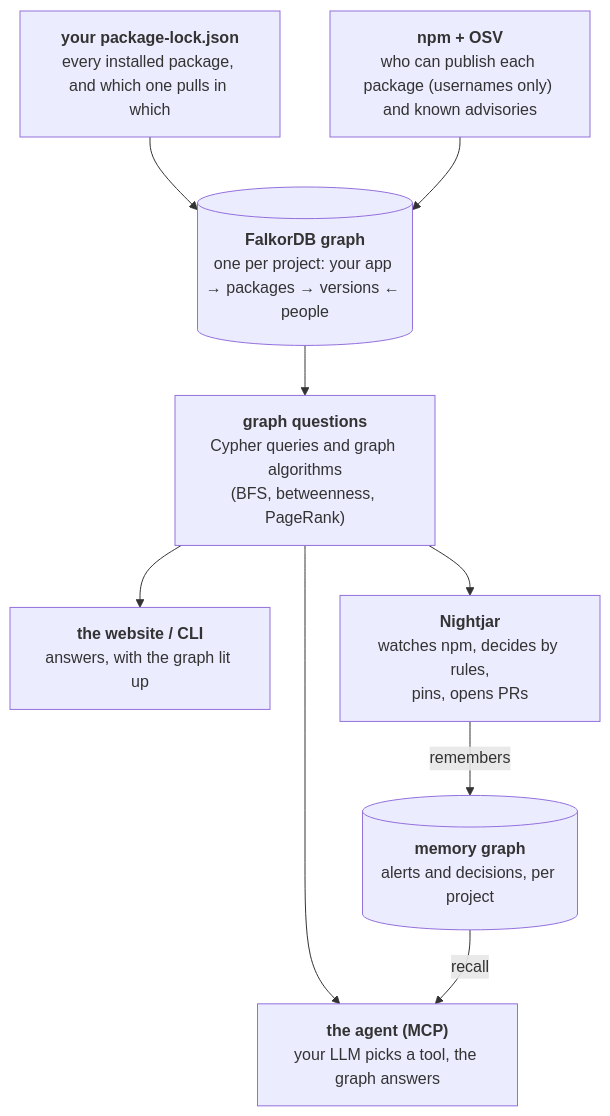
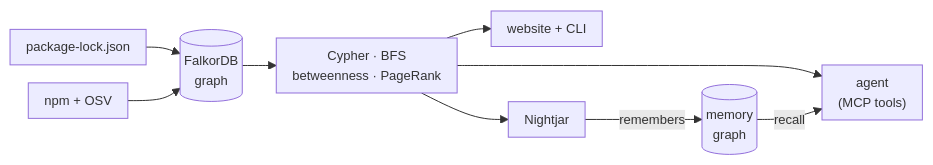
Before and after one commit to laypatel13/chokepoint: the diagram in README.md, drawn with Mermaid. The commit also changed other lines of this file and 6 other files, not shown here.

````diff
--- a/README.md
+++ b/README.md
@@ -152,20 +202,12 @@
 ```mermaid
-flowchart TD
-    lock["<b>your package-lock.json</b><br/>every installed package, and which one pulls in which"]
-    reg["<b>npm + OSV</b><br/>who can publish each package (usernames only) and known advisories"]
-    db[("<b>FalkorDB graph</b><br/>one per project: your app → packages → versions ← people")]
-    q["<b>graph questions</b><br/>Cypher queries and graph algorithms<br/>(BFS, betweenness, PageRank)"]
-    ui["<b>the website / CLI</b><br/>answers, with the graph lit up"]
-    agent["<b>the agent (MCP)</b><br/>your LLM picks a tool, the graph answers"]
-    nj["<b>Nightjar</b><br/>watches npm, decides by rules,<br/>pins, opens PRs"]
-    mem[("<b>memory graph</b><br/>alerts and decisions, per project")]
-
-    lock --> db
-    reg --> db
-    db --> q
-    q --> ui
-    q --> agent
-    q --> nj
-    nj -- remembers --> mem
+%%{init: {"flowchart": {"nodeSpacing": 18, "rankSpacing": 34, "padding": 8}, "themeVariables": {"fontSize": "13px"}}}%%
+flowchart LR
+    lock["package-lock.json"] --> db
+    reg["npm + OSV"] --> db
+    db[("FalkorDB<br/>graph")] --> q["Cypher · BFS<br/>betweenness · PageRank"]
+    q --> ui["website + CLI"]
+    q --> agent["agent<br/>(MCP tools)"]
+    q --> nj["Nightjar"]
+    nj -- remembers --> mem[("memory<br/>graph")]
     mem -- recall --> agent
 ```
````
